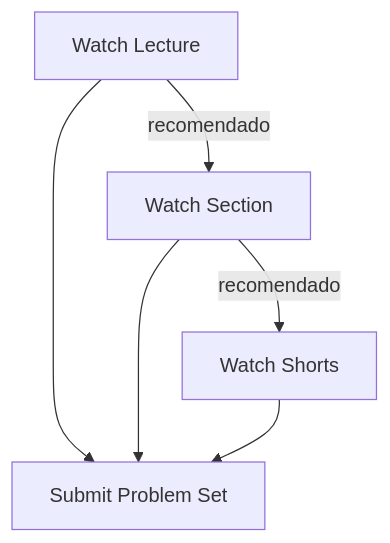
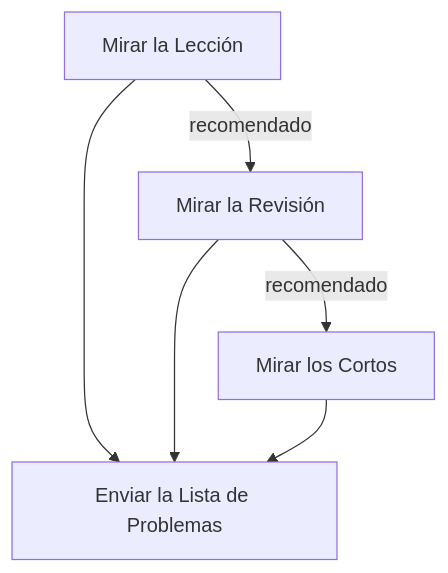
The diagram in app/cs50x2024/content/spanish/homepage.md (ramonfrombr/cs50x-website-builder), drawn with Mermaid before and after one commit. The commit also changed 125 other files, not shown here.

```diff
--- a/app/cs50x2024/content/spanish/homepage.md
+++ b/app/cs50x2024/content/spanish/homepage.md
@@ -16,8 +16,8 @@
 <pre class="mermaid" style="background-color: white">
     flowchart TD
-        A[Watch Lecture] --> |recomendado|B[Watch Section]
+        A[Mirar la Lección] --> |recomendado|B[Mirar la Revisión]
         A --> D
-        B --> |recomendado|C[Watch Shorts]
-        B --> D[Submit Problem Set]
+        B --> |recomendado|C[Mirar los Cortos]
+        B --> D[Enviar la Lista de Problemas]
         C --> D
 </pre>
```
